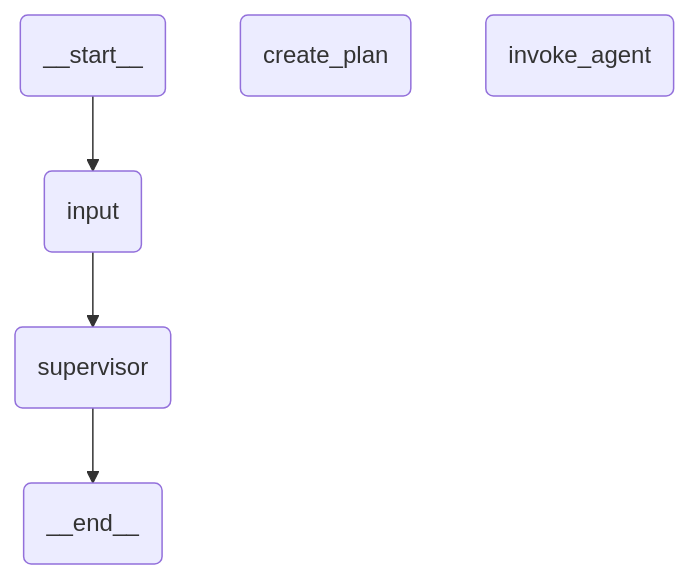
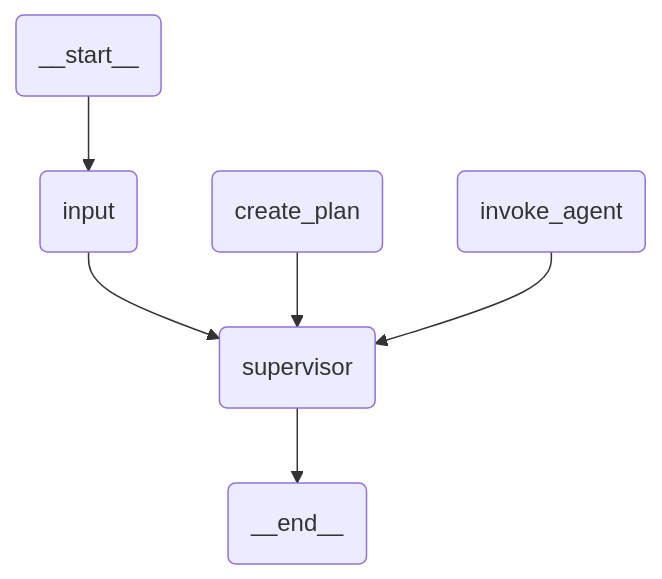
The diagram in samples/multi-agent-planner-researcher-coder-distributed/planner.mermaid (UiPath/uipath-langchain-python), drawn with Mermaid before and after one commit. The commit also changed 21 other files, not shown here.

Commit message:
fix: schema gen with conditional edges

```diff
--- a/samples/multi-agent-planner-researcher-coder-distributed/planner.mermaid
+++ b/samples/multi-agent-planner-researcher-coder-distributed/planner.mermaid
@@ -1,10 +1,12 @@
 flowchart TB
   __start__(__start__)
   input(input)
   create_plan(create_plan)
   supervisor(supervisor)
   invoke_agent(invoke_agent)
   __end__(__end__)
   __start__ --> input
   input --> supervisor
   supervisor --> __end__
+  create_plan --> supervisor
+  invoke_agent --> supervisor
```
